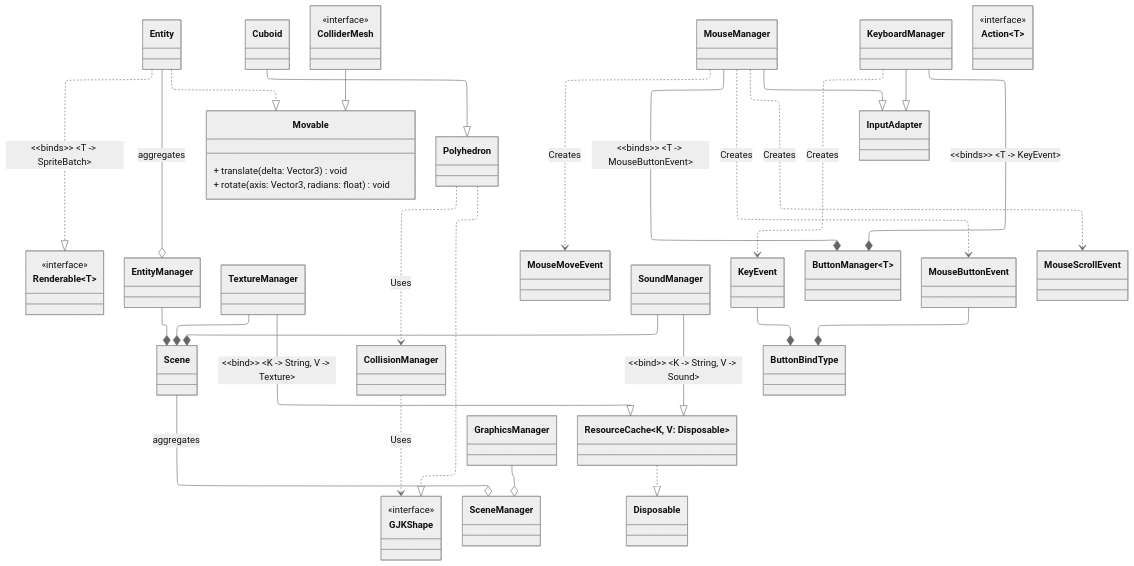
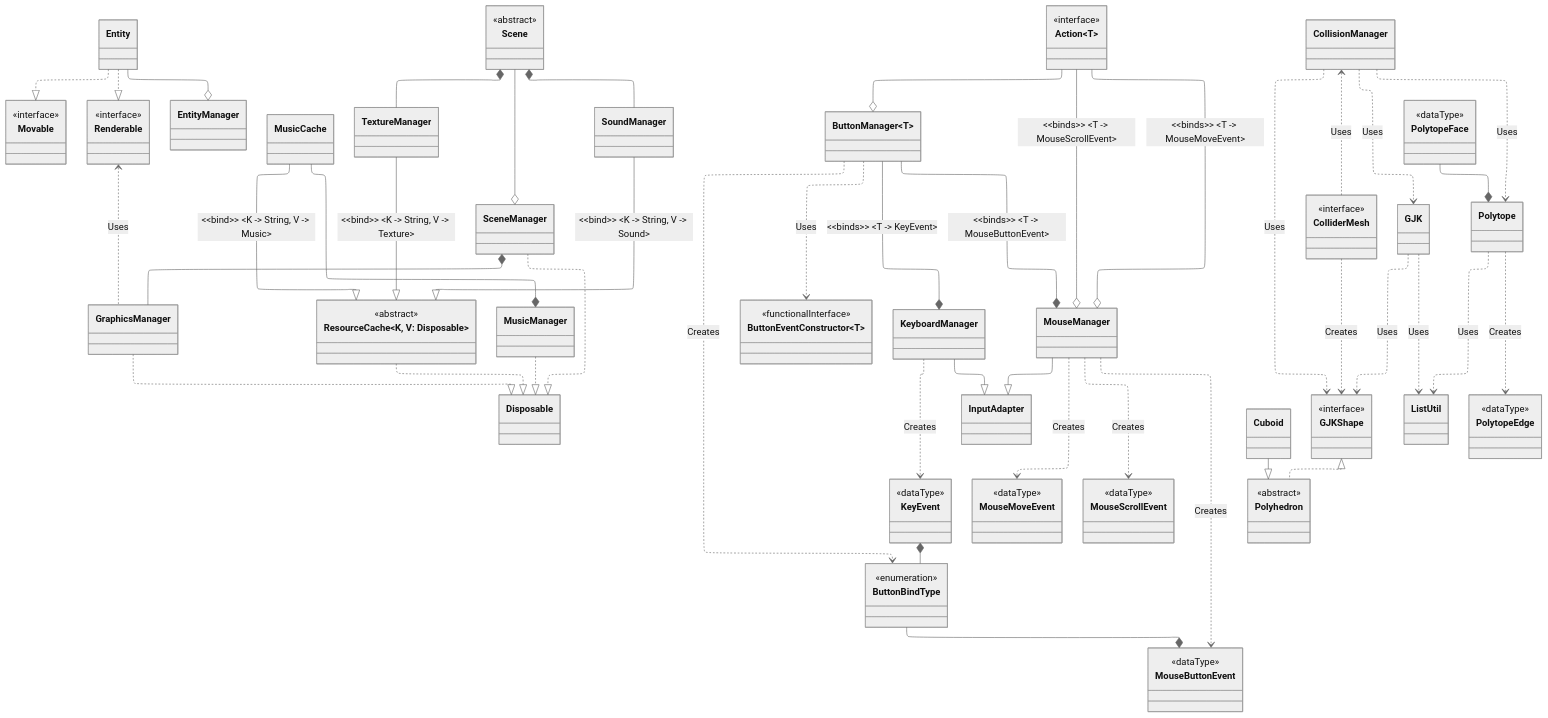
The diagram in class-diagram/main.mmd (TemariVirus/harbour-franca), drawn with Mermaid before and after one commit. The commit also changed 3 other files, not shown here.

Commit message:
Update main class diagram

```diff
--- a/class-diagram/main.mmd
+++ b/class-diagram/main.mmd
@@ -1,117 +1,118 @@
 ---
 config:
     theme: neutral
     layout: elk
     defaultRenderer: elk
     elk:
         nodePlacementStrategy: NETWORK_SIMPLEX
 ---
 
 classDiagram
-    Entity ..|> Renderable~T~: #60;#60;binds#62;#62; #60;T -> SpriteBatch#62;
-    Entity --o EntityManager: aggregates
     Entity ..|> Movable
-    EntityManager --* Scene
-    Cuboid --|> Polyhedron
-    Polyhedron ..|> GJKShape
-    ColliderMesh --|> Movable
-    Polyhedron ..> CollisionManager: Uses
-    CollisionManager ..> GJKShape: Uses
-    GraphicsManager --o SceneManager
+    Entity ..|> Renderable
+    Entity --o EntityManager
+    GraphicsManager ..|> Disposable
+    Renderable <.. GraphicsManager: Uses
     ResourceCache~K&comma; V: Disposable~ ..|> Disposable
-    Scene --o SceneManager: aggregates
-    TextureManager --|> ResourceCache: #60;#60;bind#62;#62; #60;K -> String, V -> Texture#62;
-    TextureManager --* Scene
-    MouseManager ..> MouseMoveEvent: Creates
-    SoundManager --|> ResourceCache: #60;#60;bind#62;#62; #60;K -> String, V -> Sound#62;
-    SoundManager --* Scene
+    MusicCache --|> ResourceCache~K&comma; V: Disposable~: #60;#60;bind#62;#62; #60;K -> String, V -> Music#62;
+    MusicCache --* MusicManager
+    Scene --o SceneManager
+    SceneManager ..|> Disposable
+    SceneManager *-- GraphicsManager
+    MusicManager ..|> Disposable
+    TextureManager --|> ResourceCache~K&comma; V: Disposable~: #60;#60;bind#62;#62; #60;K -> String, V -> Texture#62;
+    Scene *-- TextureManager
+    SoundManager --|> ResourceCache~K&comma; V: Disposable~: #60;#60;bind#62;#62; #60;K -> String, V -> Sound#62;
+    Scene *-- SoundManager
+    KeyEvent *-- ButtonBindType
+    ButtonBindType --* MouseButtonEvent
+    Action~T~ --o ButtonManager~T~
+    ButtonManager~T~ ..> ButtonEventConstructor~T~: Uses
+    ButtonManager~T~ ..> ButtonBindType: Creates
+    ButtonManager~T~ --* KeyboardManager: #60;#60;binds#62;#62; #60;T -> KeyEvent#62;
     KeyboardManager --|> InputAdapter
     KeyboardManager ..> KeyEvent: Creates
-    KeyboardManager --* ButtonManager~T~: #60;#60;binds#62;#62; #60;T -> KeyEvent#62;
-    KeyEvent --* ButtonBindType
-    MouseButtonEvent --* ButtonBindType
-    MouseManager --* ButtonManager~T~: #60;#60;binds#62;#62; #60;T -> MouseButtonEvent#62;
+    Action~T~ --o MouseManager: #60;#60;binds#62;#62; #60;T -> MouseMoveEvent#62;
+    Action~T~ --o MouseManager: #60;#60;binds#62;#62; #60;T -> MouseScrollEvent#62;
+    ButtonManager~T~ --* MouseManager: #60;#60;binds#62;#62; #60;T -> MouseButtonEvent#62;
     MouseManager ..> MouseButtonEvent: Creates
+    MouseManager ..> MouseMoveEvent: Creates
     MouseManager ..> MouseScrollEvent: Creates
     MouseManager --|> InputAdapter
+    Cuboid --|> Polyhedron
+    GJKShape <|.. Polyhedron
+    ColliderMesh ..> GJKShape: Creates
+    CollisionManager ..> GJK: Uses
+    CollisionManager ..> GJKShape: Uses
+    CollisionManager <.. ColliderMesh: Uses
+    CollisionManager ..> Polytope: Uses
+    GJK ..> GJKShape: Uses
+    GJK ..> ListUtil: Uses
+    Polytope ..> ListUtil: Uses
+    Polytope ..> PolytopeEdge: Creates
+    PolytopeFace --* Polytope
+
 
     class Action~T~ {
         <<interface>>
     }
 
+    class Movable {
+        <<interface>>
+    }
+
     class ColliderMesh {
         <<interface>>
-
-       }
-
-    class CollisionManager {
-       }
-
-    class Cuboid {
-        }
-
-    class Entity {
-        }
-
-    class EntityManager {
-         }
-
-    class ButtonBindType {
-         }
-
-    class ButtonManager~T~ {
-       }
-
-    class GraphicsManager {
-       }
-
-    class KeyboardManager {
-       }
-
-    class KeyEvent {
-       }
-
-    class MouseButtonEvent {
-       }
-
-    class MouseManager {
-       }
-
-    class MouseMoveEvent {
-       }
-
-    class MouseScrollEvent {
-       }
-
-    class Movable {
-        + translate(delta: Vector3) void
-        + rotate(axis: Vector3, radians: float) void
-      }
-
-    class Polyhedron {
-        }
+    }
 
     class Renderable~T~ {
         <<interface>>
     }
 
+    class GJKShape {
+        <<interface>>
+    }
+
+    class PolytopeEdge {
+        <<dataType>>
+    }
+
+    class PolytopeFace {
+        <<dataType>>
+    }
+
+    class Polyhedron {
+        <<abstract>>
+    }
+
     class ResourceCache~K&comma; V: Disposable~ {
-        }
+        <<abstract>>
+    }
 
     class Scene {
-       }
-
-    class SceneManager {
-        }
-
-    class SoundManager {
-
+        <<abstract>>
     }
 
-    class TextureManager {
+    class ButtonBindType {
+        <<enumeration>>
     }
 
-    class GJKShape {
-        <<interface>>
+    class ButtonEventConstructor~T~ {
+        <<functionalInterface>>
+    }
 
+    class KeyEvent {
+        <<dataType>>
     }
+
+    class MouseButtonEvent {
+        <<dataType>>
+    }
+
+    class MouseMoveEvent {
+        <<dataType>>
+    }
+
+    class MouseScrollEvent {
+        <<dataType>>
+    }
```
